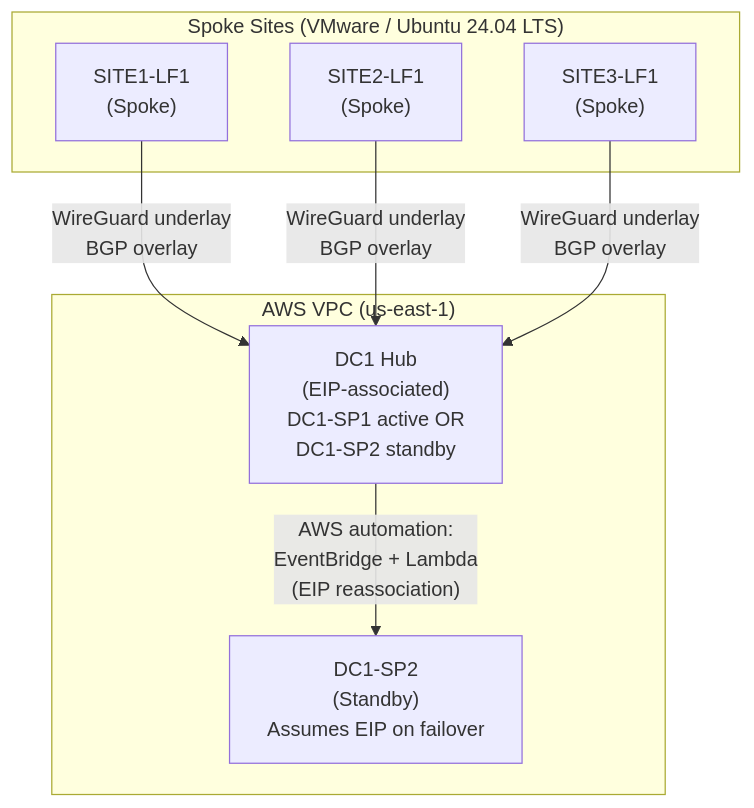
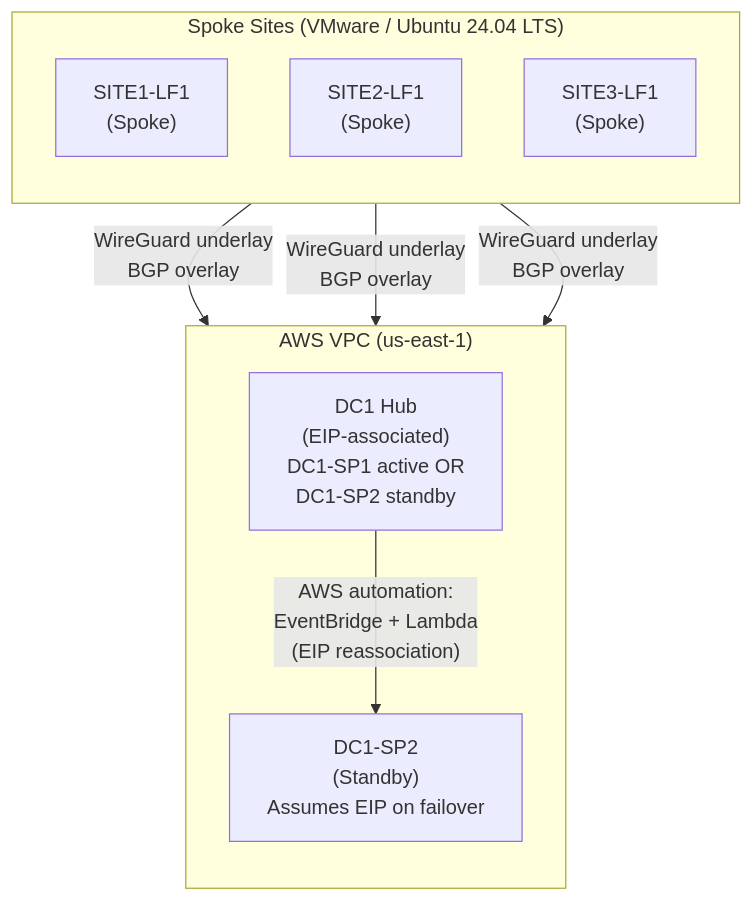
One commit to erschmittnetwork/aws-wireguard-bgp-wan changed the diagram in diagrams/logical-architecture.mmd. Above: the diagram before and after it, drawn with Mermaid. The commit also changed 1 other file, not shown here.

```diff
--- a/diagrams/logical-architecture.mmd
+++ b/diagrams/logical-architecture.mmd
@@ -1,18 +1,21 @@
+%%{init: {'themeVariables': { 'fontSize': '16px' }}}%%
 graph TD
 
   subgraph Sites["Spoke Sites (VMware / Ubuntu 24.04 LTS)"]
+    direction TB
     SITE1["SITE1-LF1<br/>(Spoke)"]
     SITE2["SITE2-LF1<br/>(Spoke)"]
     SITE3["SITE3-LF1<br/>(Spoke)"]
   end
 
   subgraph AWS["AWS VPC (us-east-1)"]
+    direction TB
     HUB["DC1 Hub<br/>(EIP-associated)<br/>DC1-SP1 active OR<br/>DC1-SP2 standby"]
     HUB2["DC1-SP2<br/>(Standby)<br/>Assumes EIP on failover"]
   end
 
   SITE1 -->|"WireGuard underlay<br/>BGP overlay"| HUB
   SITE2 -->|"WireGuard underlay<br/>BGP overlay"| HUB
   SITE3 -->|"WireGuard underlay<br/>BGP overlay"| HUB
 
   HUB -->|"AWS automation:<br/>EventBridge + Lambda<br/>(EIP reassociation)"| HUB2
```
